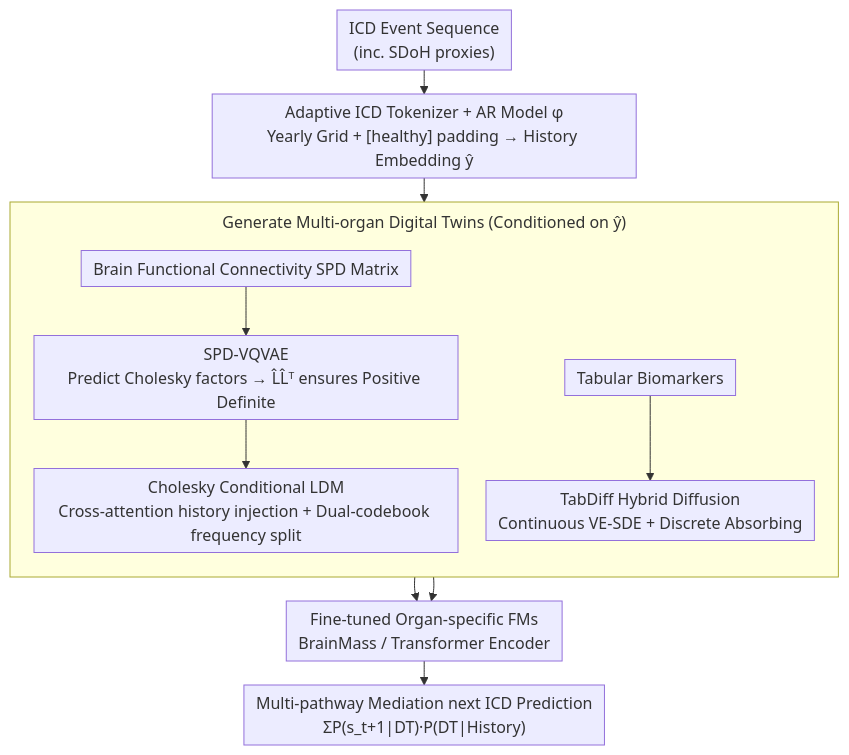
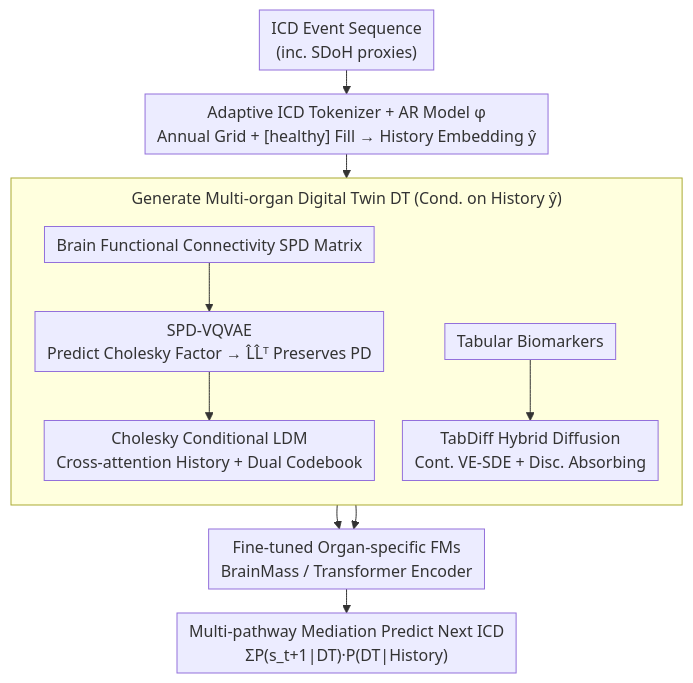
One commit to zhaoyang97/Paper-Notes-en changed the diagram in docs/ICML2026/medical_imaging/marrying_generative_model_of_healthcare_events_with_digital_twin_of_social_deter.md. Above: the diagram before and after it, drawn with Mermaid. The commit also changed other lines of this file and 5084 other files, not shown here.

````diff
--- a/docs/ICML2026/medical_imaging/marrying_generative_model_of_healthcare_events_with_digital_twin_of_social_deter.md
+++ b/docs/ICML2026/medical_imaging/marrying_generative_model_of_healthcare_events_with_digital_twin_of_social_deter.md
@@ -44,15 +44,15 @@
 ```mermaid
 %%{init: {'flowchart': {'rankSpacing': 24, 'nodeSpacing': 28, 'padding': 6, 'wrappingWidth': 400, 'subGraphTitleMargin': {'top': 8, 'bottom': 16}}}}%%
 flowchart TD
-    A["ICD Event Sequence<br/>(inc. SDoH proxies)"] --> B["Adaptive ICD Tokenizer + AR Model φ<br/>Yearly Grid + [healthy] padding → History Embedding ŷ"]
-    subgraph DT["Generate Multi-organ Digital Twins (Conditioned on ŷ)"]
+    A["ICD Event Sequence<br/>(inc. SDoH proxies)"] --> B["Adaptive ICD Tokenizer + AR Model φ<br/>Annual Grid + [healthy] Fill → History Embedding ŷ"]
+    subgraph DT["Generate Multi-organ Digital Twin DT (Cond. on History ŷ)"]
         direction TB
-        D["Brain Functional Connectivity SPD Matrix"] --> E["SPD-VQVAE<br/>Predict Cholesky factors → L̂L̂ᵀ ensures Positive Definite"]
-        E --> F["Cholesky Conditional LDM<br/>Cross-attention history injection + Dual-codebook frequency split"]
-        G["Tabular Biomarkers"] --> H["TabDiff Hybrid Diffusion<br/>Continuous VE-SDE + Discrete Absorbing"]
+        D["Brain Functional Connectivity SPD Matrix"] --> E["SPD-VQVAE<br/>Predict Cholesky Factor → L̂L̂ᵀ Preserves PD"]
+        E --> F["Cholesky Conditional LDM<br/>Cross-attention History + Dual Codebook"]
+        G["Tabular Biomarkers"] --> H["TabDiff Hybrid Diffusion<br/>Cont. VE-SDE + Disc. Absorbing"]
     end
     B --> DT
     F --> I["Fine-tuned Organ-specific FMs<br/>BrainMass / Transformer Encoder"]
     H --> I
-    I --> J["Multi-pathway Mediation next ICD Prediction<br/>ΣP(s_t+1|DT)·P(DT|History)"]
+    I --> J["Multi-pathway Mediation Predict Next ICD<br/>ΣP(s_t+1|DT)·P(DT|History)"]
 ```
````
